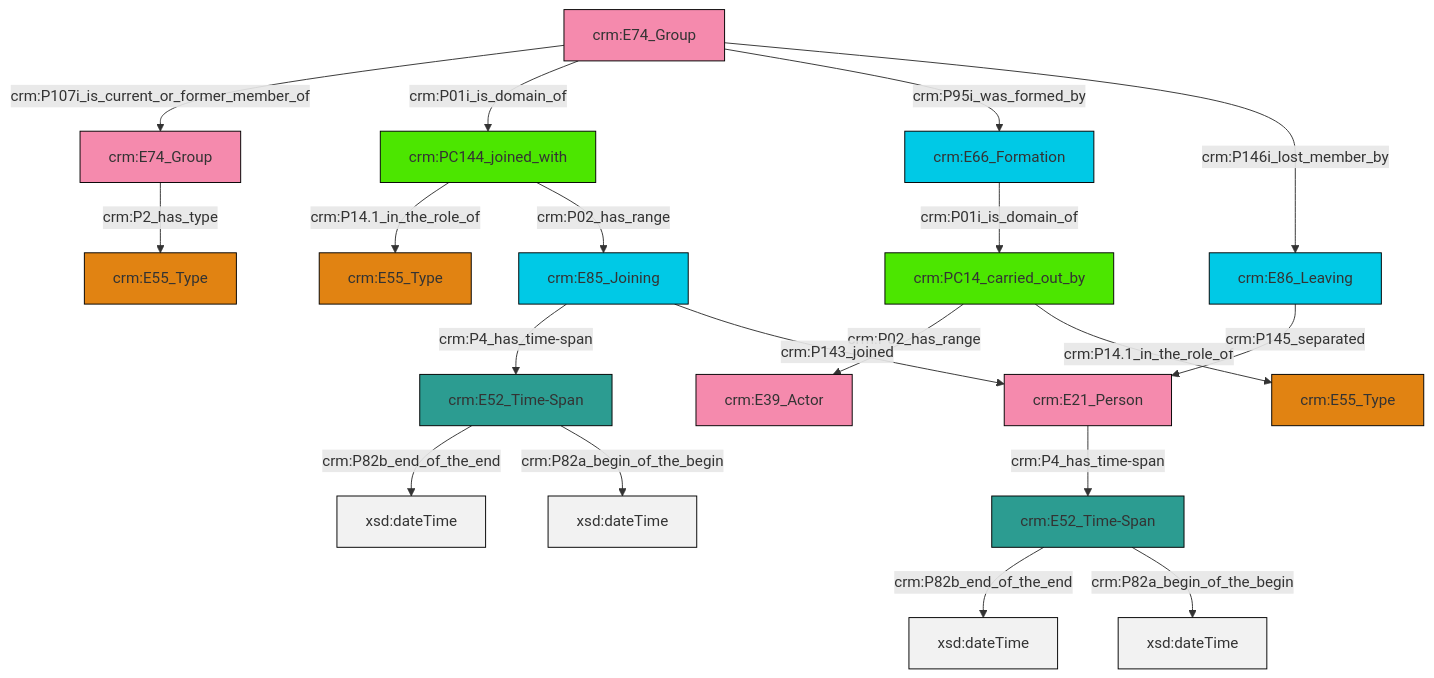
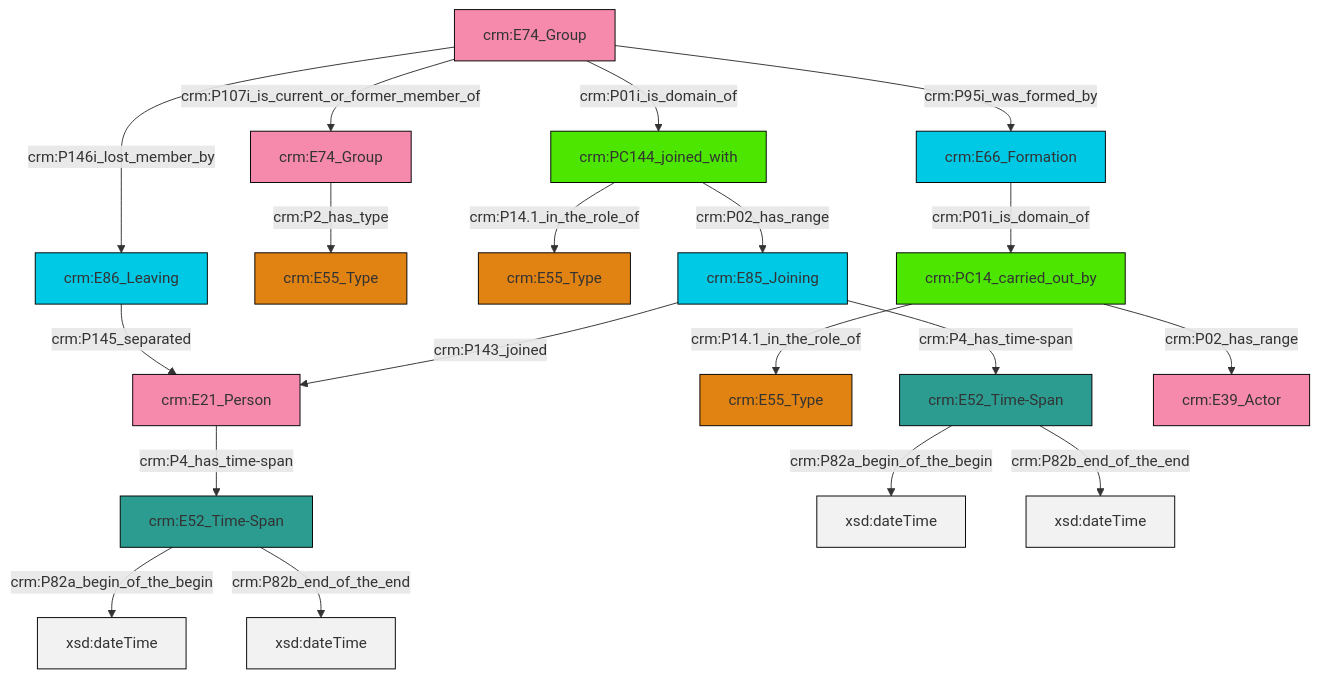
The diagram in et/groupCSV/ttl/mmd/group_actor_relations.ttl.mmd (swiss-art-research-net/reference-data-models), drawn with Mermaid before and after one commit. The commit also changed 129 other files, not shown here.

```diff
--- a/et/groupCSV/ttl/mmd/group_actor_relations.ttl.mmd
+++ b/et/groupCSV/ttl/mmd/group_actor_relations.ttl.mmd
@@ -1,33 +1,33 @@
 graph TD
 classDef Literal fill:#f2f2f2,stroke:#000000;
 classDef CRM_Entity fill:#FFFFFF,stroke:#000000;
 classDef Temporal_Entity fill:#00C9E6, stroke:#000000;
 classDef Type fill:#E18312, stroke:#000000;
 classDef Time-Span fill:#2C9C91, stroke:#000000;
 classDef Appellation fill:#FFEB7F, stroke:#000000;
 classDef Place fill:#008836, stroke:#000000;
 classDef Persistent_Item fill:#B266B2, stroke:#000000;
 classDef Conceptual_Object fill:#FFD700, stroke:#000000;
 classDef Physical_Thing fill:#D2B48C, stroke:#000000;
 classDef Actor fill:#f58aad, stroke:#000000;
 classDef PC_Classes fill:#4ce600, stroke:#000000;
 classDef Multi fill:#cccccc,stroke:#000000;
 
-2["crm:E52_Time-Span"]:::Time-Span -->|crm:P82b_end_of_the_end| 4[xsd:dateTime]:::Literal
-5["crm:E66_Formation"]:::Temporal_Entity -->|crm:P01i_is_domain_of| 6["crm:PC14_carried_out_by"]:::PC_Classes
-16["crm:E74_Group"]:::Actor -->|crm:P107i_is_current_or_former_member_of| 7["crm:E74_Group"]:::Actor
-0["crm:E52_Time-Span"]:::Time-Span -->|crm:P82b_end_of_the_end| 17[xsd:dateTime]:::Literal
-11["crm:PC144_joined_with"]:::PC_Classes -->|crm:P14.1_in_the_role_of| 14["crm:E55_Type"]:::Type
-18["crm:E21_Person"]:::Actor -->|crm:P4_has_time-span| 0["crm:E52_Time-Span"]:::Time-Span
-16["crm:E74_Group"]:::Actor -->|crm:P01i_is_domain_of| 11["crm:PC144_joined_with"]:::PC_Classes
-6["crm:PC14_carried_out_by"]:::PC_Classes -->|crm:P02_has_range| 9["crm:E39_Actor"]:::Actor
-7["crm:E74_Group"]:::Actor -->|crm:P2_has_type| 20["crm:E55_Type"]:::Type
-16["crm:E74_Group"]:::Actor -->|crm:P95i_was_formed_by| 5["crm:E66_Formation"]:::Temporal_Entity
-24["crm:E85_Joining"]:::Temporal_Entity -->|crm:P4_has_time-span| 2["crm:E52_Time-Span"]:::Time-Span
-0["crm:E52_Time-Span"]:::Time-Span -->|crm:P82a_begin_of_the_begin| 26[xsd:dateTime]:::Literal
-2["crm:E52_Time-Span"]:::Time-Span -->|crm:P82a_begin_of_the_begin| 27[xsd:dateTime]:::Literal
-16["crm:E74_Group"]:::Actor -->|crm:P146i_lost_member_by| 30["crm:E86_Leaving"]:::Temporal_Entity
-6["crm:PC14_carried_out_by"]:::PC_Classes -->|crm:P14.1_in_the_role_of| 31["crm:E55_Type"]:::Type
-24["crm:E85_Joining"]:::Temporal_Entity -->|crm:P143_joined| 18["crm:E21_Person"]:::Actor
-30["crm:E86_Leaving"]:::Temporal_Entity -->|crm:P145_separated| 18["crm:E21_Person"]:::Actor
-11["crm:PC144_joined_with"]:::PC_Classes -->|crm:P02_has_range| 24["crm:E85_Joining"]:::Temporal_Entity
+0["crm:E85_Joining"]:::Temporal_Entity -->|crm:P143_joined| 1["crm:E21_Person"]:::Actor
+2["crm:E74_Group"]:::Actor -->|crm:P2_has_type| 3["crm:E55_Type"]:::Type
+8["crm:E74_Group"]:::Actor -->|crm:P01i_is_domain_of| 9["crm:PC144_joined_with"]:::PC_Classes
+9["crm:PC144_joined_with"]:::PC_Classes -->|crm:P02_has_range| 0["crm:E85_Joining"]:::Temporal_Entity
+1["crm:E21_Person"]:::Actor -->|crm:P4_has_time-span| 10["crm:E52_Time-Span"]:::Time-Span
+8["crm:E74_Group"]:::Actor -->|crm:P95i_was_formed_by| 11["crm:E66_Formation"]:::Temporal_Entity
+13["crm:E52_Time-Span"]:::Time-Span -->|crm:P82a_begin_of_the_begin| 14[xsd:dateTime]:::Literal
+9["crm:PC144_joined_with"]:::PC_Classes -->|crm:P14.1_in_the_role_of| 6["crm:E55_Type"]:::Type
+8["crm:E74_Group"]:::Actor -->|crm:P107i_is_current_or_former_member_of| 2["crm:E74_Group"]:::Actor
+10["crm:E52_Time-Span"]:::Time-Span -->|crm:P82a_begin_of_the_begin| 16[xsd:dateTime]:::Literal
+11["crm:E66_Formation"]:::Temporal_Entity -->|crm:P01i_is_domain_of| 19["crm:PC14_carried_out_by"]:::PC_Classes
+19["crm:PC14_carried_out_by"]:::PC_Classes -->|crm:P02_has_range| 21["crm:E39_Actor"]:::Actor
+23["crm:E86_Leaving"]:::Temporal_Entity -->|crm:P145_separated| 1["crm:E21_Person"]:::Actor
+10["crm:E52_Time-Span"]:::Time-Span -->|crm:P82b_end_of_the_end| 26[xsd:dateTime]:::Literal
+8["crm:E74_Group"]:::Actor -->|crm:P146i_lost_member_by| 23["crm:E86_Leaving"]:::Temporal_Entity
+0["crm:E85_Joining"]:::Temporal_Entity -->|crm:P4_has_time-span| 13["crm:E52_Time-Span"]:::Time-Span
+13["crm:E52_Time-Span"]:::Time-Span -->|crm:P82b_end_of_the_end| 33[xsd:dateTime]:::Literal
+19["crm:PC14_carried_out_by"]:::PC_Classes -->|crm:P14.1_in_the_role_of| 4["crm:E55_Type"]:::Type
```
